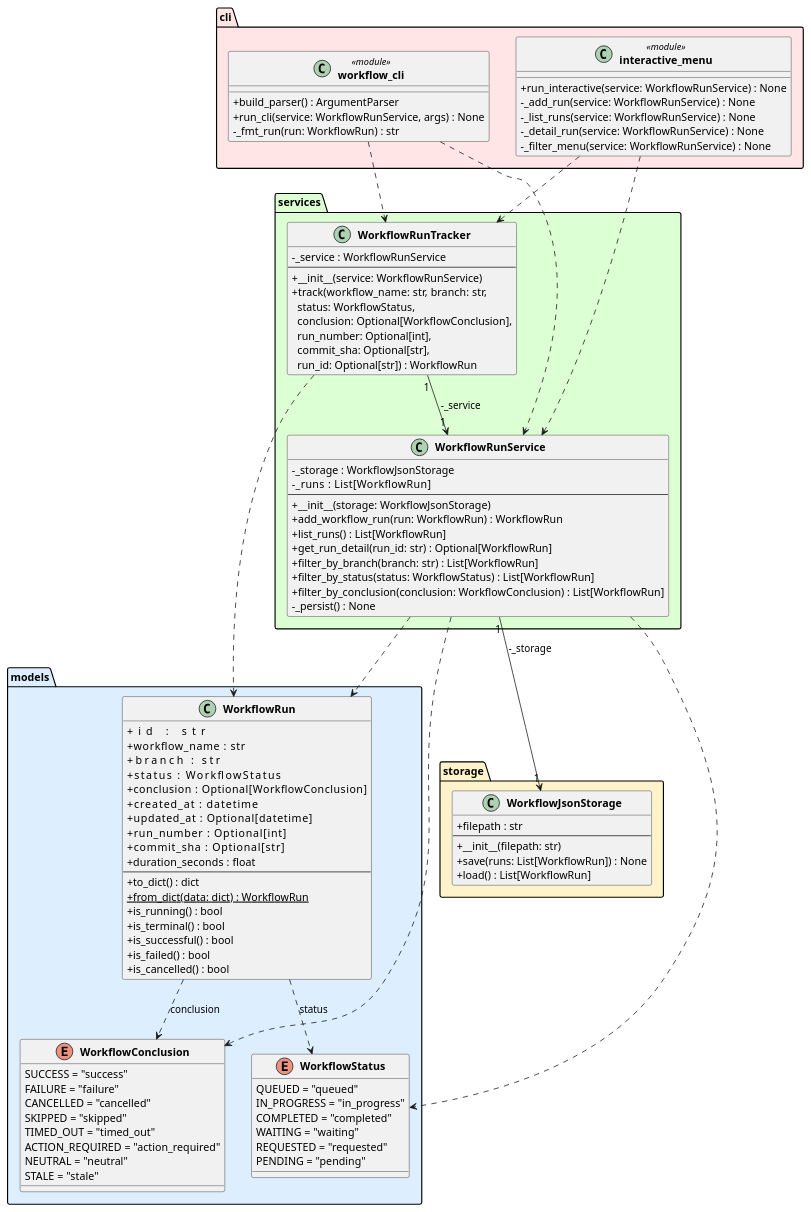
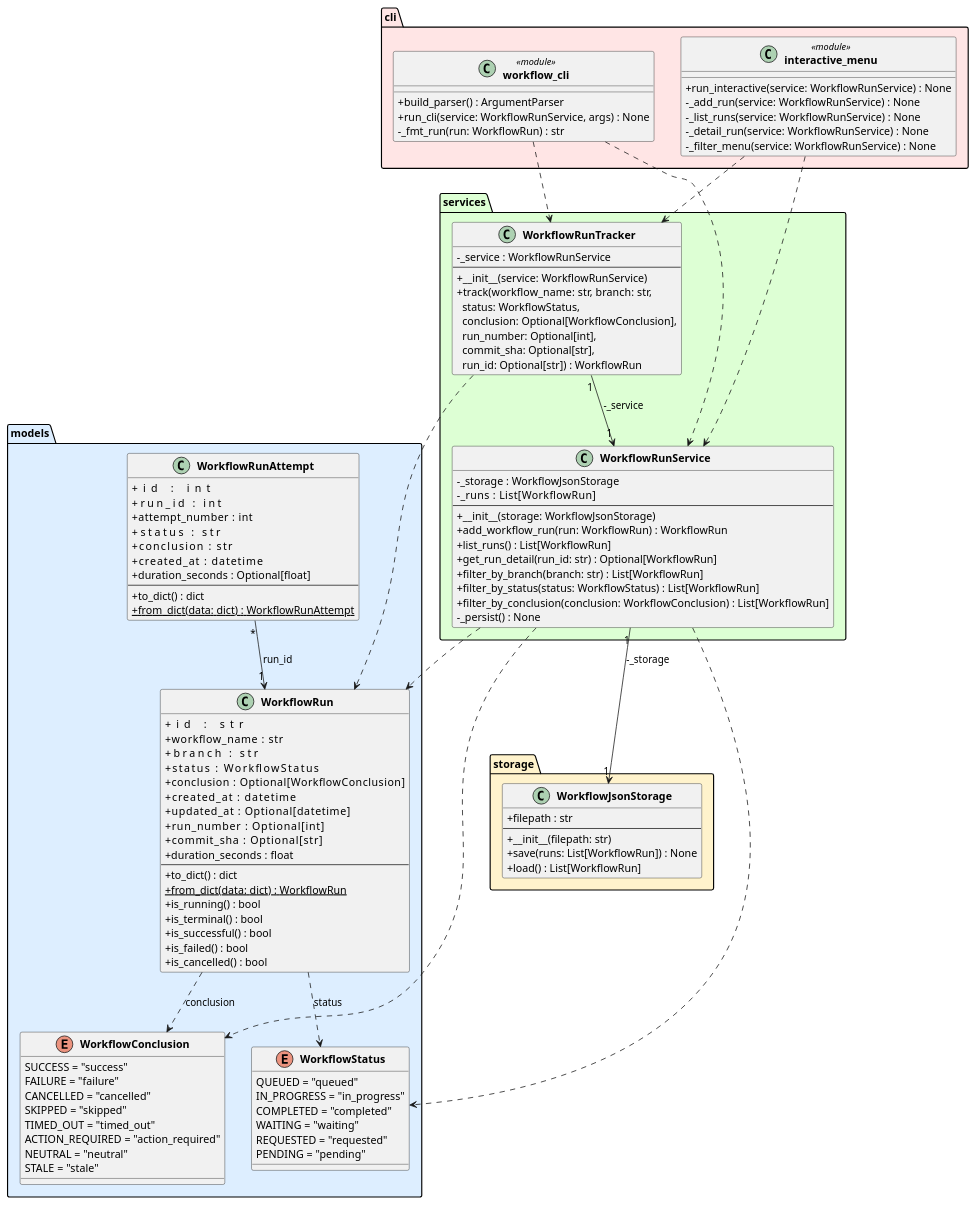
The diagram in experiments/supervisor_as_tools/test_driven/github-workflow-manager/artifacts/class_diagram.puml (DanielRiha8906/Software_autoevolution_using_agents), drawn with PlantUML before and after one commit. The commit also changed 4 other files, not shown here.

```diff
--- a/experiments/supervisor_as_tools/test_driven/github-workflow-manager/artifacts/class_diagram.puml
+++ b/experiments/supervisor_as_tools/test_driven/github-workflow-manager/artifacts/class_diagram.puml
@@ -1,111 +1,125 @@
 @startuml class_diagram
 
 skinparam classAttributeIconSize 0
 skinparam classFontStyle bold
 
 package "models" #DDEEFF {
     enum WorkflowStatus {
         QUEUED = "queued"
         IN_PROGRESS = "in_progress"
         COMPLETED = "completed"
         WAITING = "waiting"
         REQUESTED = "requested"
         PENDING = "pending"
     }
 
     enum WorkflowConclusion {
         SUCCESS = "success"
         FAILURE = "failure"
         CANCELLED = "cancelled"
         SKIPPED = "skipped"
         TIMED_OUT = "timed_out"
         ACTION_REQUIRED = "action_required"
         NEUTRAL = "neutral"
         STALE = "stale"
     }
 
     class WorkflowRun {
         +id                : str
         +workflow_name     : str
         +branch            : str
         +status            : WorkflowStatus
         +conclusion        : Optional[WorkflowConclusion]
         +created_at        : datetime
         +updated_at        : Optional[datetime]
         +run_number        : Optional[int]
         +commit_sha        : Optional[str]
         +duration_seconds  : float
         --
         +to_dict() : dict
         +{static} from_dict(data: dict) : WorkflowRun
         +is_running() : bool
         +is_terminal() : bool
         +is_successful() : bool
         +is_failed() : bool
         +is_cancelled() : bool
+    }
+
+    class WorkflowRunAttempt {
+        +id                : int
+        +run_id            : int
+        +attempt_number    : int
+        +status            : str
+        +conclusion        : str
+        +created_at        : datetime
+        +duration_seconds  : Optional[float]
+        --
+        +to_dict() : dict
+        +{static} from_dict(data: dict) : WorkflowRunAttempt
     }
 }
 
 package "storage" #FFF3CC {
     class WorkflowJsonStorage {
         +filepath : str
         --
         +__init__(filepath: str)
         +save(runs: List[WorkflowRun]) : None
         +load() : List[WorkflowRun]
     }
 }
 
 package "services" #DDFFD4 {
     class WorkflowRunService {
         -_storage : WorkflowJsonStorage
         -_runs    : List[WorkflowRun]
         --
         +__init__(storage: WorkflowJsonStorage)
         +add_workflow_run(run: WorkflowRun) : WorkflowRun
         +list_runs() : List[WorkflowRun]
         +get_run_detail(run_id: str) : Optional[WorkflowRun]
         +filter_by_branch(branch: str) : List[WorkflowRun]
         +filter_by_status(status: WorkflowStatus) : List[WorkflowRun]
         +filter_by_conclusion(conclusion: WorkflowConclusion) : List[WorkflowRun]
         -_persist() : None
     }
 
     class WorkflowRunTracker {
         -_service : WorkflowRunService
         --
         +__init__(service: WorkflowRunService)
         +track(workflow_name: str, branch: str,\n  status: WorkflowStatus,\n  conclusion: Optional[WorkflowConclusion],\n  run_number: Optional[int],\n  commit_sha: Optional[str],\n  run_id: Optional[str]) : WorkflowRun
     }
 }
 
 package "cli" #FFE5E5 {
     class "workflow_cli" <<module>> {
         +build_parser() : ArgumentParser
         +run_cli(service: WorkflowRunService, args) : None
         -_fmt_run(run: WorkflowRun) : str
     }
 
     class "interactive_menu" <<module>> {
         +run_interactive(service: WorkflowRunService) : None
         -_add_run(service: WorkflowRunService) : None
         -_list_runs(service: WorkflowRunService) : None
         -_detail_run(service: WorkflowRunService) : None
         -_filter_menu(service: WorkflowRunService) : None
     }
 }
 
 WorkflowRun                ..>  WorkflowStatus        : status
 WorkflowRun                ..>  WorkflowConclusion    : conclusion
+WorkflowRunAttempt    "*" --> "1" WorkflowRun        : run_id
 WorkflowRunService    "1" --> "1" WorkflowJsonStorage : -_storage
 WorkflowRunService         ..>  WorkflowRun
 WorkflowRunService         ..>  WorkflowStatus
 WorkflowRunService         ..>  WorkflowConclusion
 WorkflowRunTracker    "1" --> "1" WorkflowRunService  : -_service
 WorkflowRunTracker         ..>  WorkflowRun
 "workflow_cli"             ..>  WorkflowRunService
 "workflow_cli"             ..>  WorkflowRunTracker
 "interactive_menu"         ..>  WorkflowRunService
 "interactive_menu"         ..>  WorkflowRunTracker
 
 @enduml
```
